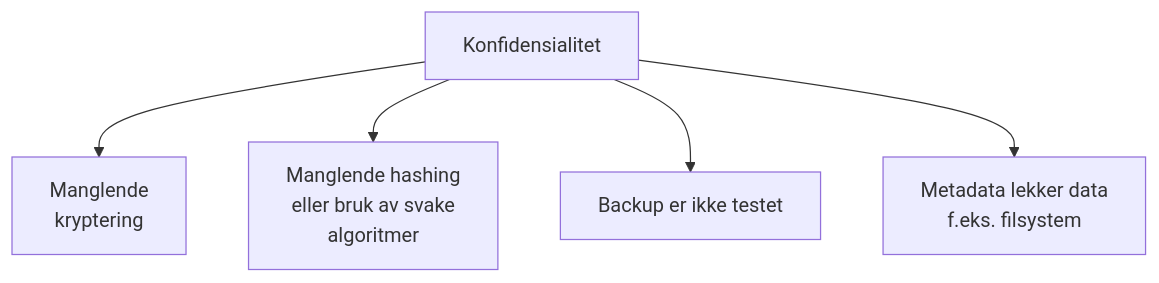
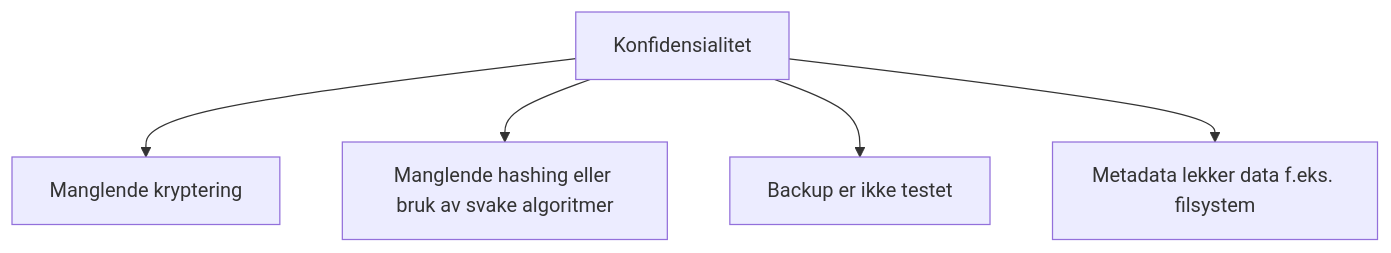
Before and after one commit to navikt/security-playbook: diagram 13 of 18 in docs/08-sikker-utvikling/_saarbarhetstraer.mdx, drawn with Mermaid. The commit also changed other lines of this file, not shown here.

````diff
--- a/docs/08-sikker-utvikling/_saarbarhetstraer.mdx
+++ b/docs/08-sikker-utvikling/_saarbarhetstraer.mdx
@@ -176,7 +176,7 @@
 ```mermaid
 graph TD;
-    KONF[Konfidensialitet]-->MANGEL[Manglende\n kryptering];
-    KONF-->HASH[Manglende hashing\n eller bruk av svake\n algoritmer];
+    KONF[Konfidensialitet]-->MANGEL[Manglende kryptering];
+    KONF-->HASH[Manglende hashing eller bruk av svake algoritmer];
     KONF-->BACKUP[Backup er ikke testet];
-    KONF-->LEKK[Metadata lekker data\n f.eks. filsystem];
+    KONF-->LEKK[Metadata lekker data f.eks. filsystem];
 ```
````
